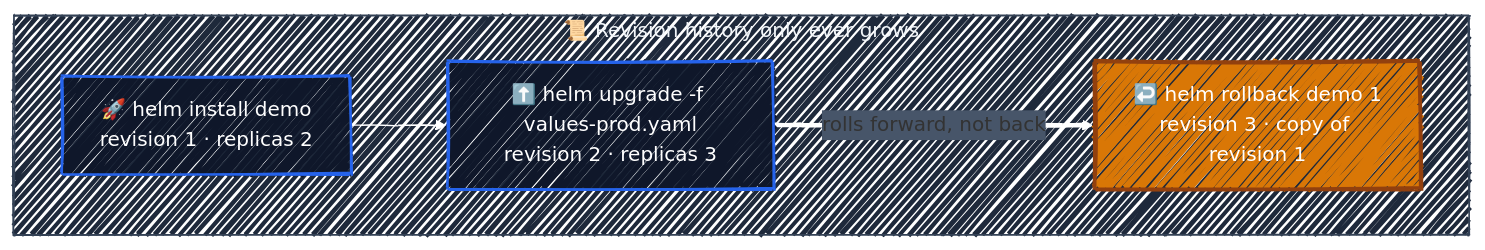
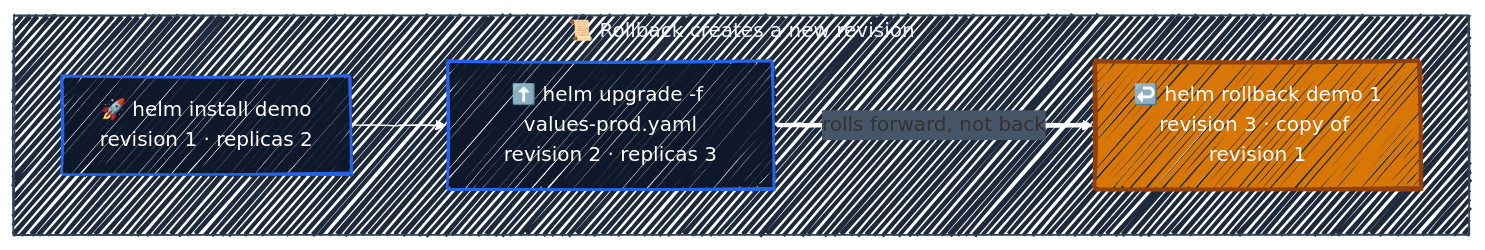
The fifth of 7 diagrams in docs/packaging/helm.md (r97221004/k8s-tutorial), drawn with Mermaid before and after one commit. The commit also changed other lines of this file and 9 other files, not shown here.

````diff
--- a/docs/packaging/helm.md
+++ b/docs/packaging/helm.md
@@ -574,31 +698,31 @@
 ```mermaid
 ---
 config:
   look: handDrawn
   theme: default
   themeVariables:
     fontFamily: '"Comic Sans MS", "Comic Sans", "Segoe Print", "Bradley Hand", cursive'
     clusterBkg: '#FAFAFA'
     clusterBorder: '#94A3B8'
     lineColor: '#FFFFFF'
     edgeLabelBackground: '#475569'
   themeCSS: |
     .edgeLabel, .edgeLabel p, .edgeLabel span { color: #FFFFFF !important; }
 ---
 flowchart LR
-    subgraph box["📜 Revision history only ever grows"]
+    subgraph box["📜 Rollback creates a new revision"]
         direction LR
         i["🚀 helm install demo<br/>revision 1 · replicas 2"]
         u["⬆️ helm upgrade -f values-prod.yaml<br/>revision 2 · replicas 3"]
         r["↩️ helm rollback demo 1<br/>revision 3 · copy of revision 1"]
 
         i --> u
         u ==>|"rolls forward, not back"| r
     end
 
     classDef ctrl fill:#0F172A,stroke:#2563EB,stroke-width:2px,color:#FFFFFF
     classDef eng fill:#D97706,stroke:#92400E,stroke-width:3px,color:#FFFFFF
     class i,u ctrl
     class r eng
     style box fill:#1E293B,stroke:#334155,color:#F1F5F9,fillStyle:solid
 ```
````
